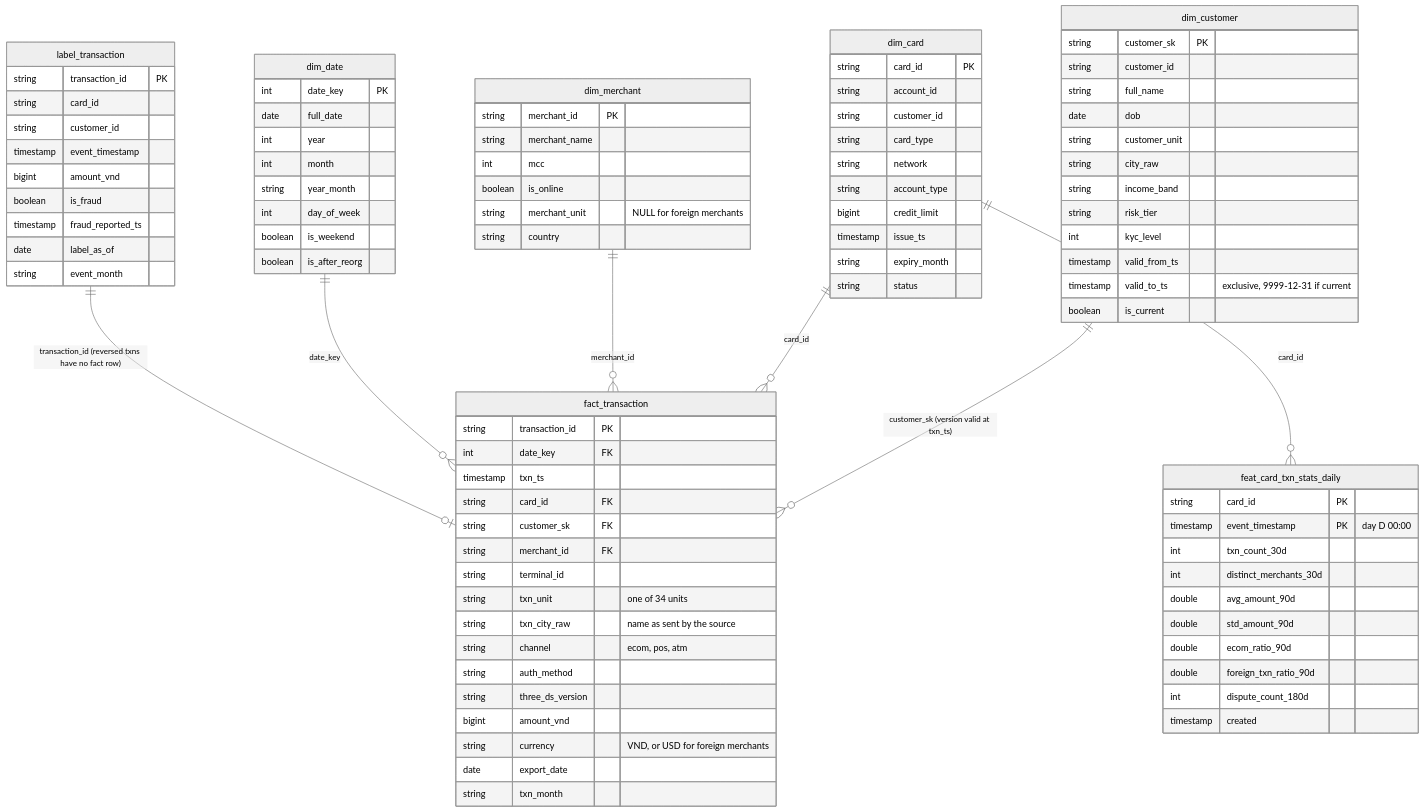
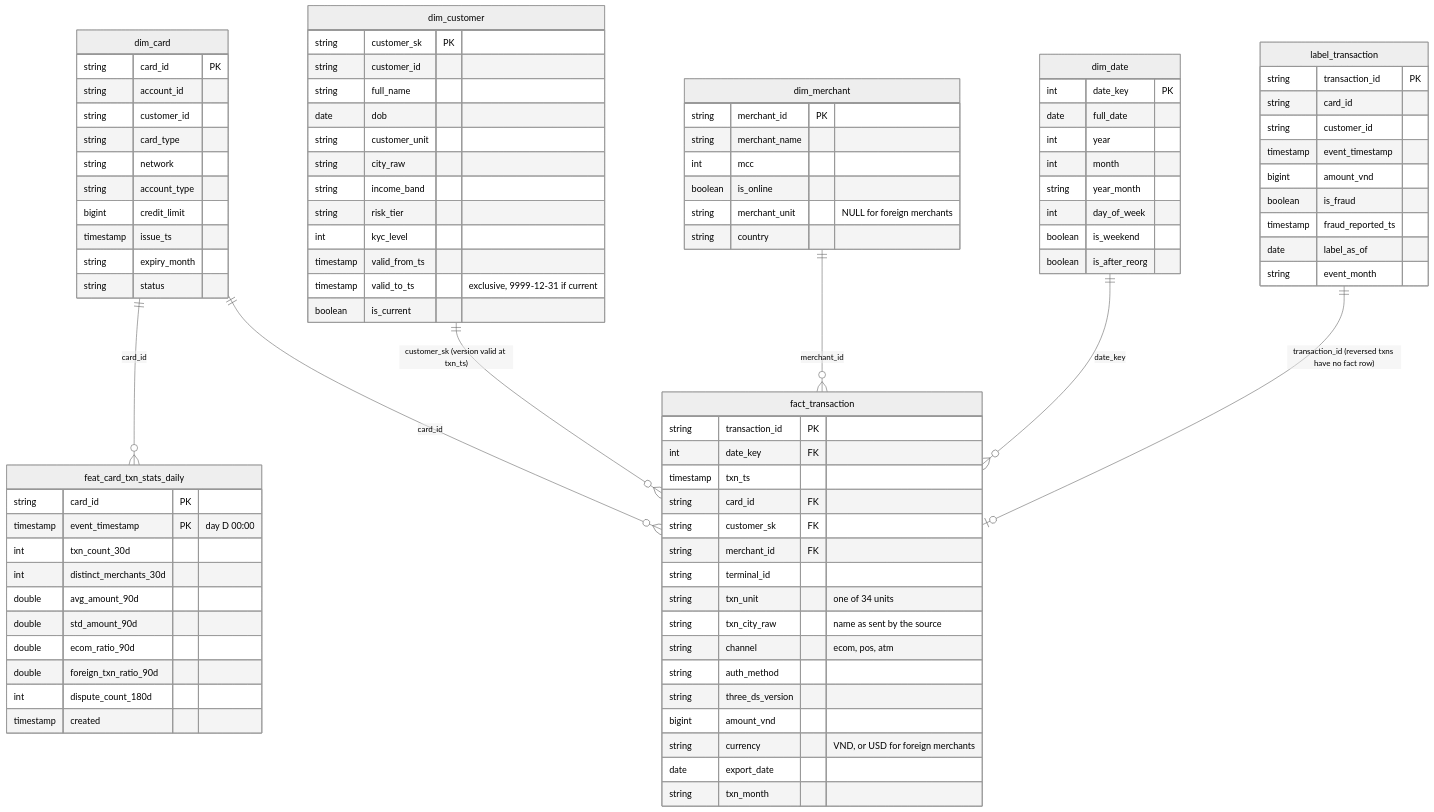
One commit to cvinhnguyen/card-fraud-platform changed the diagram in docs/schema_design.md. Above: the diagram before and after it, drawn with Mermaid (neutral theme). The commit also changed other lines of this file, not shown here.

Commit message:
Add schema evolution read demo, HCMC chart and schema design doc

````diff
--- a/docs/schema_design.md
+++ b/docs/schema_design.md
@@ -50,11 +50,11 @@
 ```mermaid
 erDiagram
+    dim_card ||--o{ feat_card_txn_stats_daily : card_id
+    dim_card ||--o{ fact_transaction : card_id
     dim_customer ||--o{ fact_transaction : "customer_sk (version valid at txn_ts)"
-    dim_card ||--o{ fact_transaction : card_id
     dim_merchant ||--o{ fact_transaction : merchant_id
     dim_date ||--o{ fact_transaction : date_key
     label_transaction ||--o| fact_transaction : "transaction_id (reversed txns have no fact row)"
-    dim_card ||--o{ feat_card_txn_stats_daily : card_id
 
     fact_transaction {
         string transaction_id PK
````
